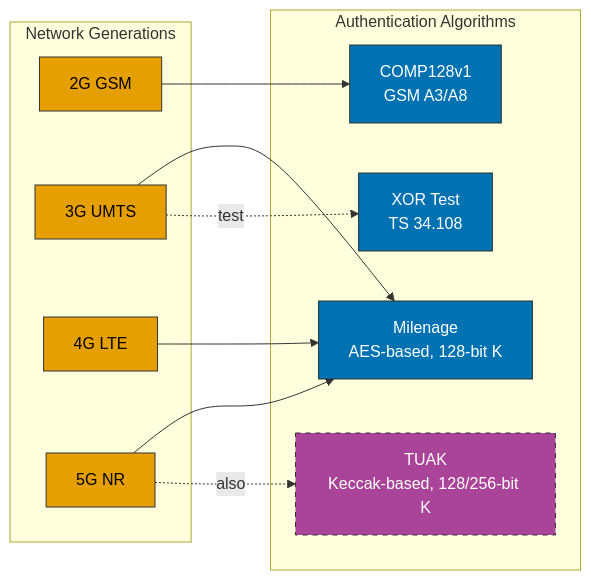
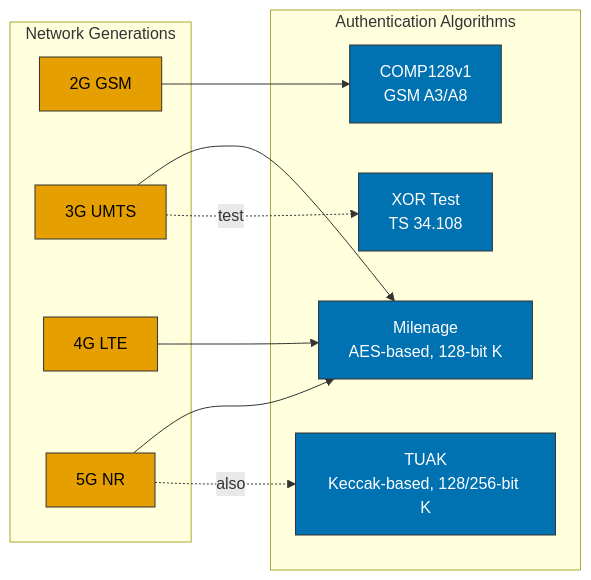
Before and after one commit to jaesharp/simrs: the first of 4 diagrams in docs/standards/02-authentication.md, drawn with Mermaid. The commit also changed other lines of this file and 19 other files, not shown here.

````diff
--- a/docs/standards/02-authentication.md
+++ b/docs/standards/02-authentication.md
@@ -13,32 +13,30 @@
 ```mermaid
 graph LR
     subgraph algorithms ["Authentication Algorithms"]
         COMP["COMP128v1<br/>GSM A3/A8"]
         MIL["Milenage<br/>AES-based, 128-bit K"]
         TUAK["TUAK<br/>Keccak-based, 128/256-bit K"]
         XOR["XOR Test<br/>TS 34.108"]
     end
 
     subgraph generations ["Network Generations"]
         G2["2G GSM"]
         G3["3G UMTS"]
         G4["4G LTE"]
         G5["5G NR"]
     end
 
     G2 --> COMP
     G3 --> MIL
     G4 --> MIL
     G5 --> MIL
     G5 -.->|"also"| TUAK
     G3 -.->|"test"| XOR
 
     classDef foundation fill:#0072B2,stroke:#333,color:#fff
     classDef application fill:#E69F00,stroke:#333,color:#000
-    classDef future fill:#AA4499,stroke:#333,color:#fff,stroke-dasharray:5 5
 
-    class COMP,MIL foundation
-    class TUAK future
+    class COMP,MIL,TUAK foundation
     class G2,G3,G4,G5 application
     class XOR foundation
 ```
````
